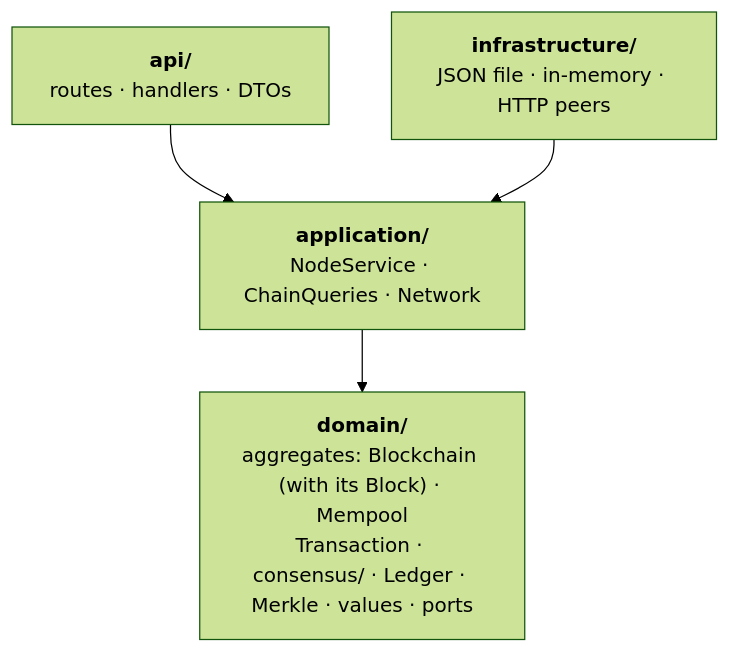
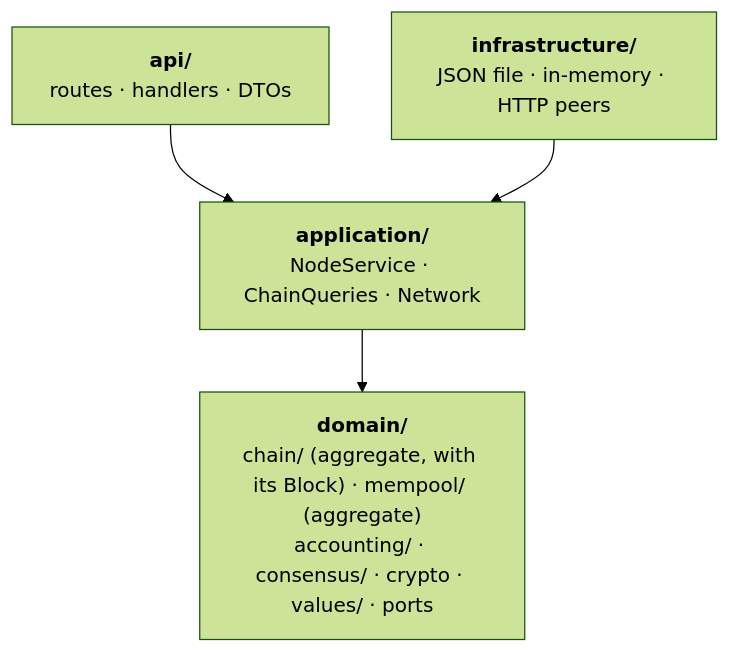
Before and after one commit to alex-quiterio/blockchain-rs: the fifth of 5 diagrams in README.md, drawn with Mermaid (forest theme). The commit also changed other lines of this file and 23 other files, not shown here.

````diff
--- a/README.md
+++ b/README.md
@@ -219,7 +219,7 @@
 ```mermaid
 flowchart TB
     api["<b>api/</b><br/>routes · handlers · DTOs"] --> app
     infra["<b>infrastructure/</b><br/>JSON file · in-memory · HTTP peers"] --> app
     app["<b>application/</b><br/>NodeService · ChainQueries · Network"] --> domain
-    domain["<b>domain/</b><br/>aggregates: Blockchain (with its Block) · Mempool<br/>Transaction · consensus/ · Ledger · Merkle · values · ports"]
+    domain["<b>domain/</b><br/>chain/ (aggregate, with its Block) · mempool/ (aggregate)<br/>accounting/ · consensus/ · crypto · values/ · ports"]
 ```
````
